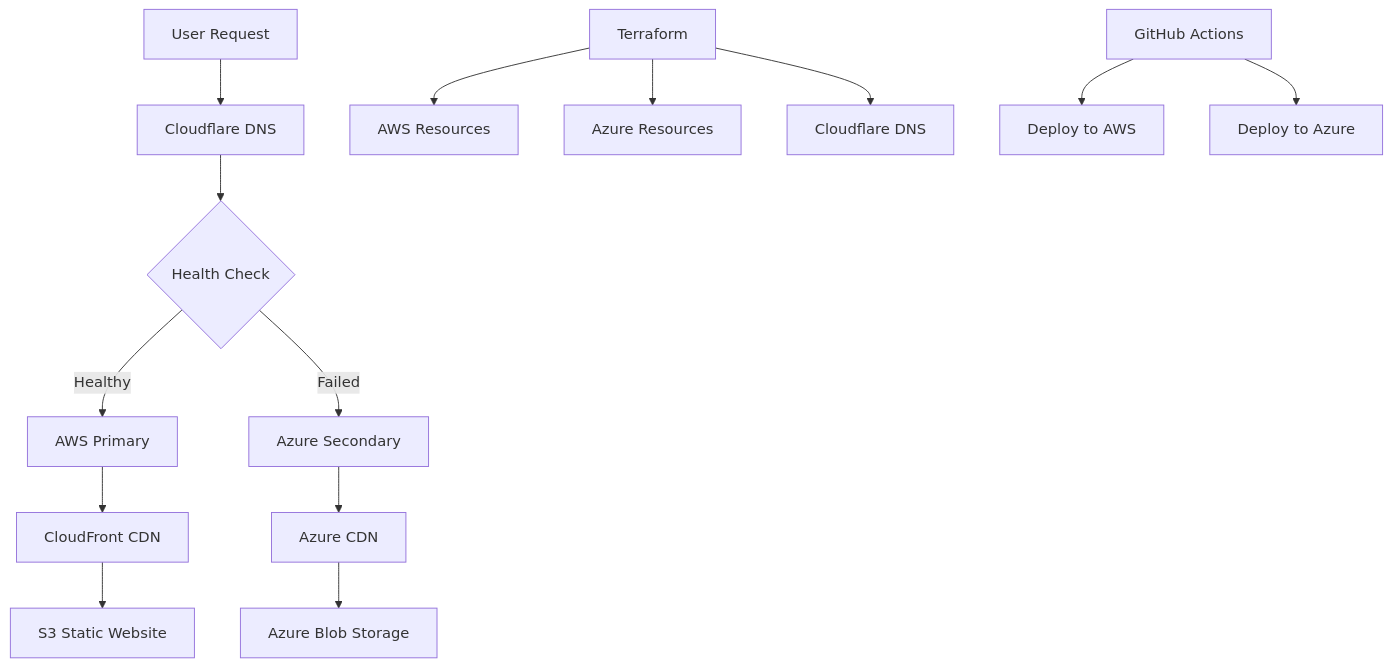
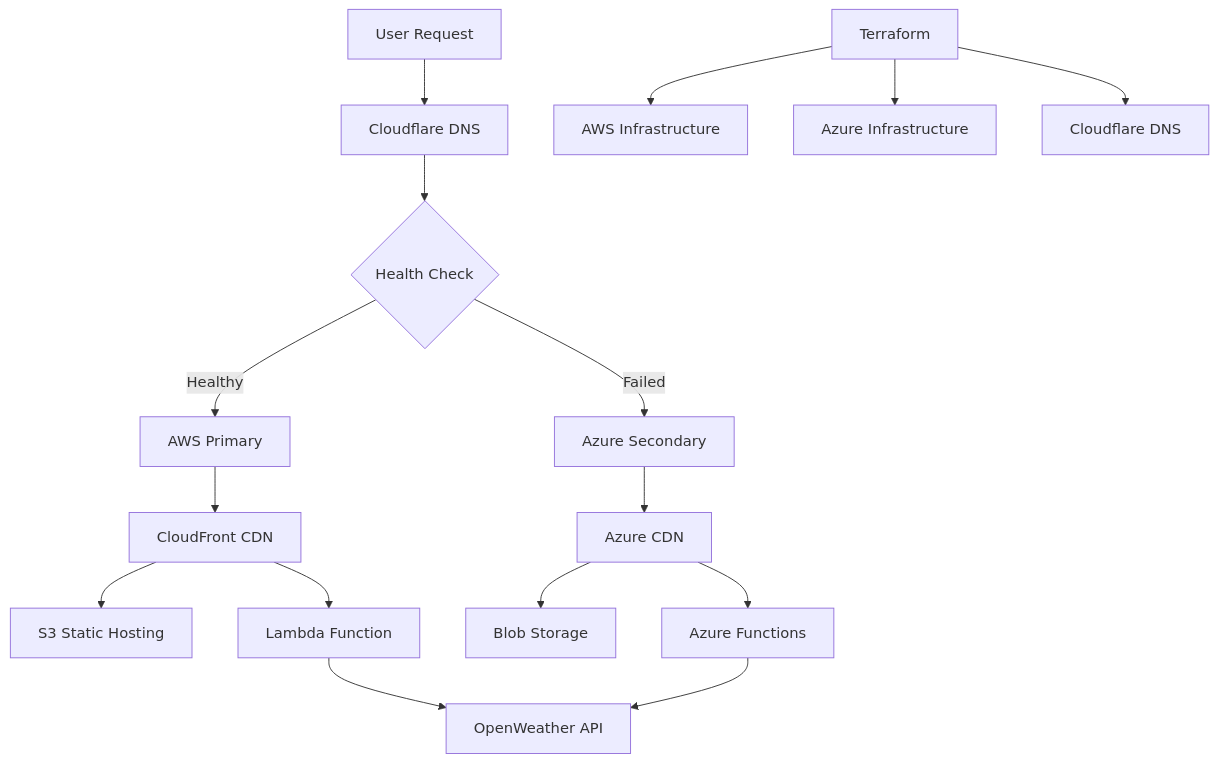
The diagram in 14-multicloud-weather-tracker/README.md (omesh7/aws-portfolio), drawn with Mermaid before and after one commit. The commit also changed other lines of this file and 33 other files, not shown here.

````diff
--- a/14-multicloud-weather-tracker/README.md
+++ b/14-multicloud-weather-tracker/README.md
@@ -24,20 +25,21 @@
 ```mermaid
 graph TB
     A[User Request] --> B[Cloudflare DNS]
     B --> C{Health Check}
     C -->|Healthy| D[AWS Primary]
     C -->|Failed| E[Azure Secondary]
     
     D --> F[CloudFront CDN]
-    F --> G[S3 Static Website]
+    F --> G[S3 Static Hosting]
+    F --> H[Lambda Function]
+    H --> I[OpenWeather API]
     
-    E --> H[Azure CDN]
-    H --> I[Azure Blob Storage]
+    E --> J[Azure CDN]
+    J --> K[Blob Storage]
+    J --> L[Azure Functions]
+    L --> I
     
-    J[Terraform] --> K[AWS Resources]
-    J --> L[Azure Resources]
-    J --> M[Cloudflare DNS]
-    
-    N[GitHub Actions] --> O[Deploy to AWS]
-    N --> P[Deploy to Azure]
+    M[Terraform] --> N[AWS Infrastructure]
+    M --> O[Azure Infrastructure]
+    M --> P[Cloudflare DNS]
 ```
````
